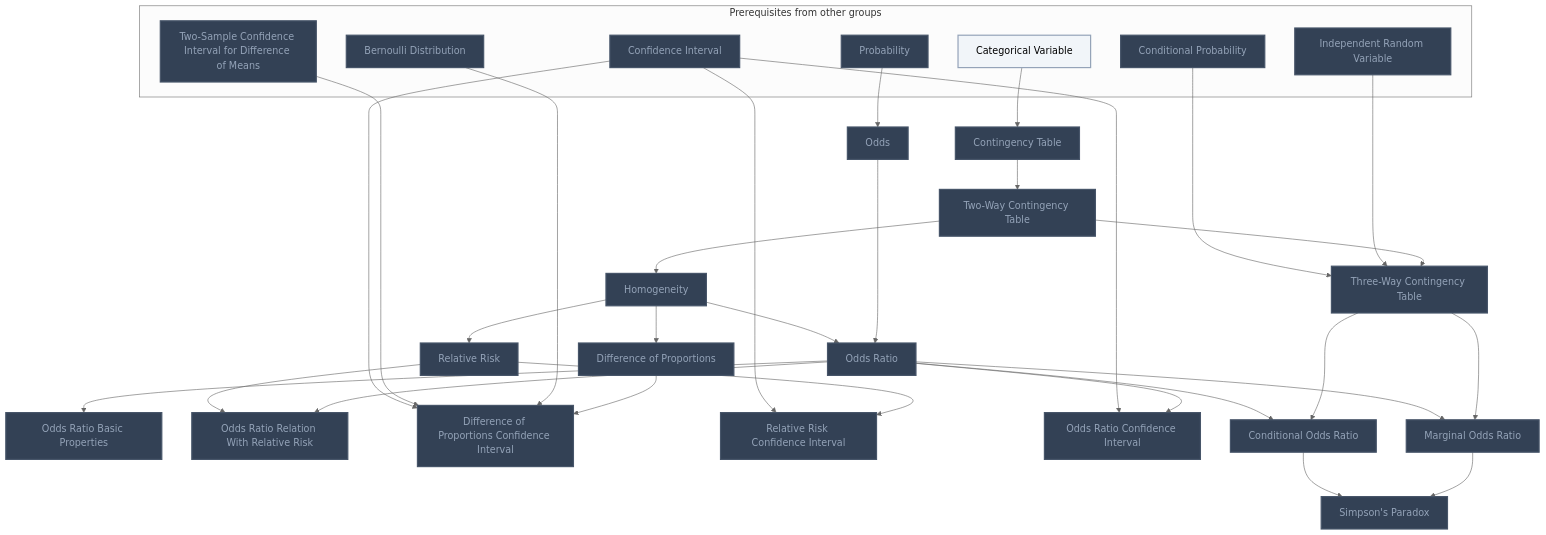
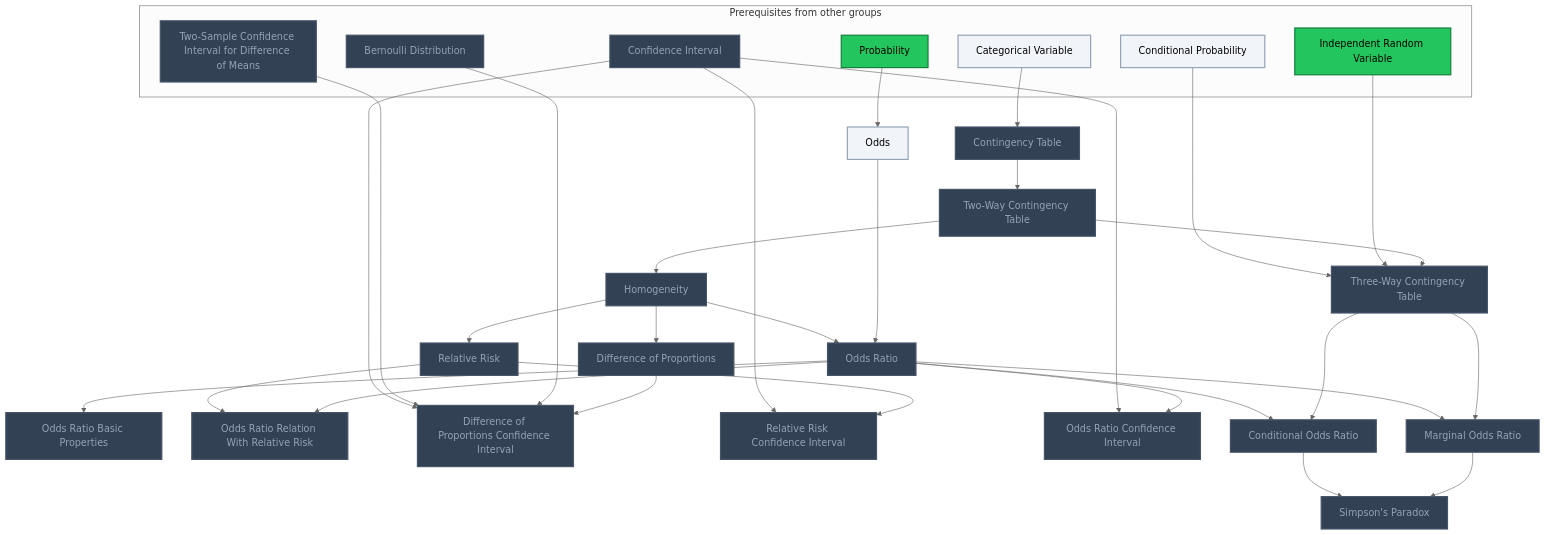
Before and after one commit to MRauf1/My-Notes: the eighth of 11 diagrams in Gamification/Skill Trees/Categorical Variable Prediction.md, drawn with Mermaid (neutral theme). The commit also changed other lines of this file and 42 other files, not shown here.

````diff
--- a/Gamification/Skill Trees/Categorical Variable Prediction.md
+++ b/Gamification/Skill Trees/Categorical Variable Prediction.md
@@ -466,68 +468,69 @@
 ```mermaid
 flowchart TD
     classDef planned fill:#1E293B,stroke:#64748B,stroke-width:2px,stroke-dasharray:5 5,color:#94A3B8;
     classDef locked fill:#334155,stroke:#475569,stroke-width:2px,color:#94A3B8;
     classDef L0 fill:#F1F5F9,stroke:#94A3B8,stroke-width:2px,color:#000000;
     classDef L1 fill:#22C55E,stroke:#15803D,stroke-width:2px,color:#000000;
     classDef L2 fill:#3B82F6,stroke:#1D4ED8,stroke-width:3px,color:#FFFFFF;
     classDef L3 fill:#A855F7,stroke:#6B21A8,stroke-width:3px,color:#FFFFFF,font-weight:bold;
     classDef L4 fill:#F97316,stroke:#C2410C,stroke-width:4px,color:#000000,font-weight:bold;
     classDef L5 fill:#FFD700,stroke:#FF8C00,stroke-width:5px,color:#000000,font-weight:bold;
     classDef rusty stroke:#8B4513,stroke-width:4px,stroke-dasharray:3 3;
     subgraph sg_prereqs["Prerequisites from other groups"]
         n_categorical_variable["Categorical Variable"]
         n_probability["Probability"]
         n_confidence_interval["Confidence Interval"]
         n_two_sample_confidence_interval_for_difference_of_means["Two-Sample Confidence Interval for Difference of Means"]
         n_bernoulli_distribution["Bernoulli Distribution"]
         n_conditional_probability["Conditional Probability"]
         n_independent_random_variable["Independent Random Variable"]
     end
     n_contingency_table["Contingency Table"]
     n_two_way_contingency_table["Two-Way Contingency Table"]
     n_homogeneity["Homogeneity"]
     n_difference_of_proportions["Difference of Proportions"]
     n_relative_risk["Relative Risk"]
     n_odds["Odds"]
     n_odds_ratio["Odds Ratio"]
     n_odds_ratio_basic_properties["Odds Ratio Basic Properties"]
     n_odds_ratio_relation_with_relative_risk["Odds Ratio Relation With Relative Risk"]
     n_difference_of_proportions_confidence_interval["Difference of Proportions Confidence Interval"]
     n_relative_risk_confidence_interval["Relative Risk Confidence Interval"]
     n_odds_ratio_confidence_interval["Odds Ratio Confidence Interval"]
     n_three_way_contingency_table["Three-Way Contingency Table"]
     n_conditional_odds_ratio["Conditional Odds Ratio"]
     n_marginal_odds_ratio["Marginal Odds Ratio"]
     n_simpson_s_paradox["Simpson's Paradox"]
     n_categorical_variable --> n_contingency_table
     n_contingency_table --> n_two_way_contingency_table
     n_two_way_contingency_table --> n_homogeneity
     n_homogeneity --> n_difference_of_proportions
     n_homogeneity --> n_relative_risk
     n_probability --> n_odds
     n_homogeneity --> n_odds_ratio
     n_odds --> n_odds_ratio
     n_odds_ratio --> n_odds_ratio_basic_properties
     n_relative_risk --> n_odds_ratio_relation_with_relative_risk
     n_odds_ratio --> n_odds_ratio_relation_with_relative_risk
     n_confidence_interval --> n_difference_of_proportions_confidence_interval
     n_two_sample_confidence_interval_for_difference_of_means --> n_difference_of_proportions_confidence_interval
     n_bernoulli_distribution --> n_difference_of_proportions_confidence_interval
     n_difference_of_proportions --> n_difference_of_proportions_confidence_interval
     n_confidence_interval --> n_relative_risk_confidence_interval
     n_relative_risk --> n_relative_risk_confidence_interval
     n_confidence_interval --> n_odds_ratio_confidence_interval
     n_odds_ratio --> n_odds_ratio_confidence_interval
     n_conditional_probability --> n_three_way_contingency_table
     n_independent_random_variable --> n_three_way_contingency_table
     n_two_way_contingency_table --> n_three_way_contingency_table
     n_odds_ratio --> n_conditional_odds_ratio
     n_three_way_contingency_table --> n_conditional_odds_ratio
     n_odds_ratio --> n_marginal_odds_ratio
     n_three_way_contingency_table --> n_marginal_odds_ratio
     n_conditional_odds_ratio --> n_simpson_s_paradox
     n_marginal_odds_ratio --> n_simpson_s_paradox
-    class n_probability,n_confidence_interval,n_two_sample_confidence_interval_for_difference_of_means,n_bernoulli_distribution,n_conditional_probability,n_independent_random_variable,n_contingency_table,n_two_way_contingency_table,n_homogeneity,n_difference_of_proportions,n_relative_risk,n_odds,n_odds_ratio,n_odds_ratio_basic_properties,n_odds_ratio_relation_with_relative_risk,n_difference_of_proportions_confidence_interval,n_relative_risk_confidence_interval,n_odds_ratio_confidence_interval,n_three_way_contingency_table,n_conditional_odds_ratio,n_marginal_odds_ratio,n_simpson_s_paradox locked;
-    class n_categorical_variable L0;
+    class n_confidence_interval,n_two_sample_confidence_interval_for_difference_of_means,n_bernoulli_distribution,n_contingency_table,n_two_way_contingency_table,n_homogeneity,n_difference_of_proportions,n_relative_risk,n_odds_ratio,n_odds_ratio_basic_properties,n_odds_ratio_relation_with_relative_risk,n_difference_of_proportions_confidence_interval,n_relative_risk_confidence_interval,n_odds_ratio_confidence_interval,n_three_way_contingency_table,n_conditional_odds_ratio,n_marginal_odds_ratio,n_simpson_s_paradox locked;
+    class n_categorical_variable,n_conditional_probability,n_odds L0;
+    class n_probability,n_independent_random_variable L1;
     class n_categorical_variable,n_probability,n_confidence_interval,n_two_sample_confidence_interval_for_difference_of_means,n_bernoulli_distribution,n_conditional_probability,n_independent_random_variable,n_contingency_table,n_two_way_contingency_table,n_homogeneity,n_difference_of_proportions,n_relative_risk,n_odds,n_odds_ratio,n_odds_ratio_basic_properties,n_odds_ratio_relation_with_relative_risk,n_difference_of_proportions_confidence_interval,n_relative_risk_confidence_interval,n_odds_ratio_confidence_interval,n_three_way_contingency_table,n_conditional_odds_ratio,n_marginal_odds_ratio,n_simpson_s_paradox internal-link;
 ```
````
